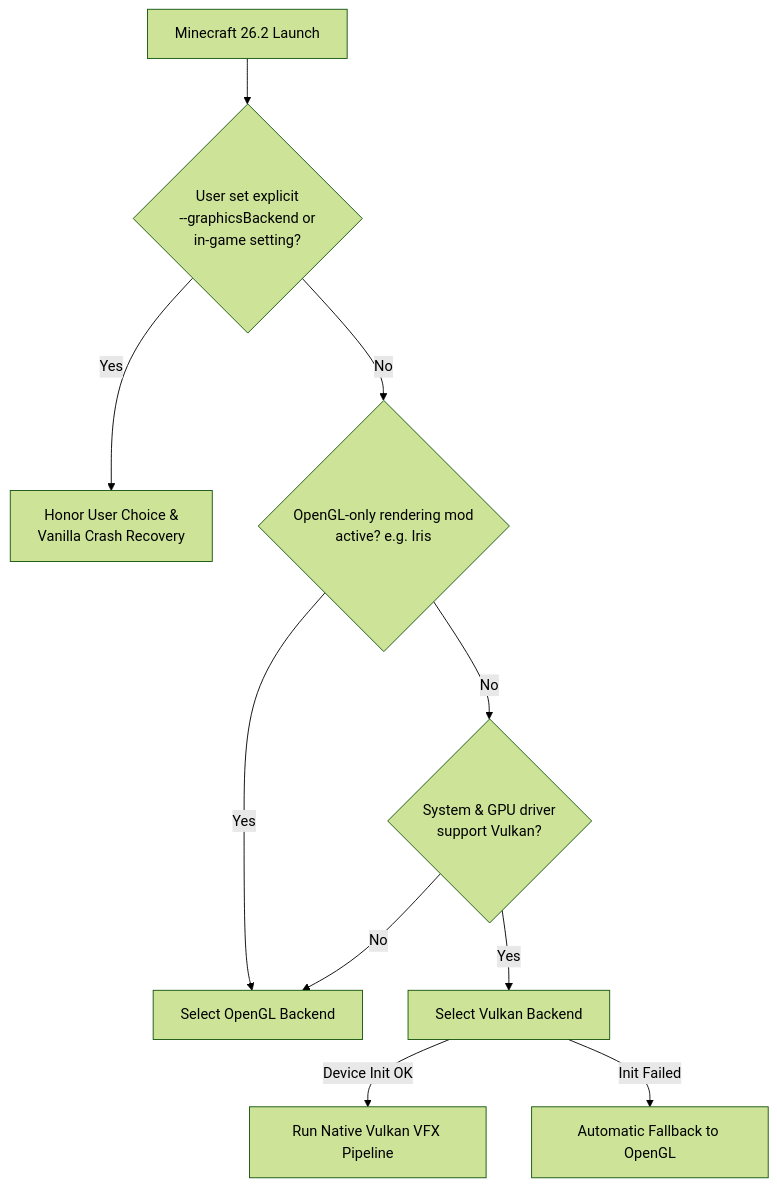
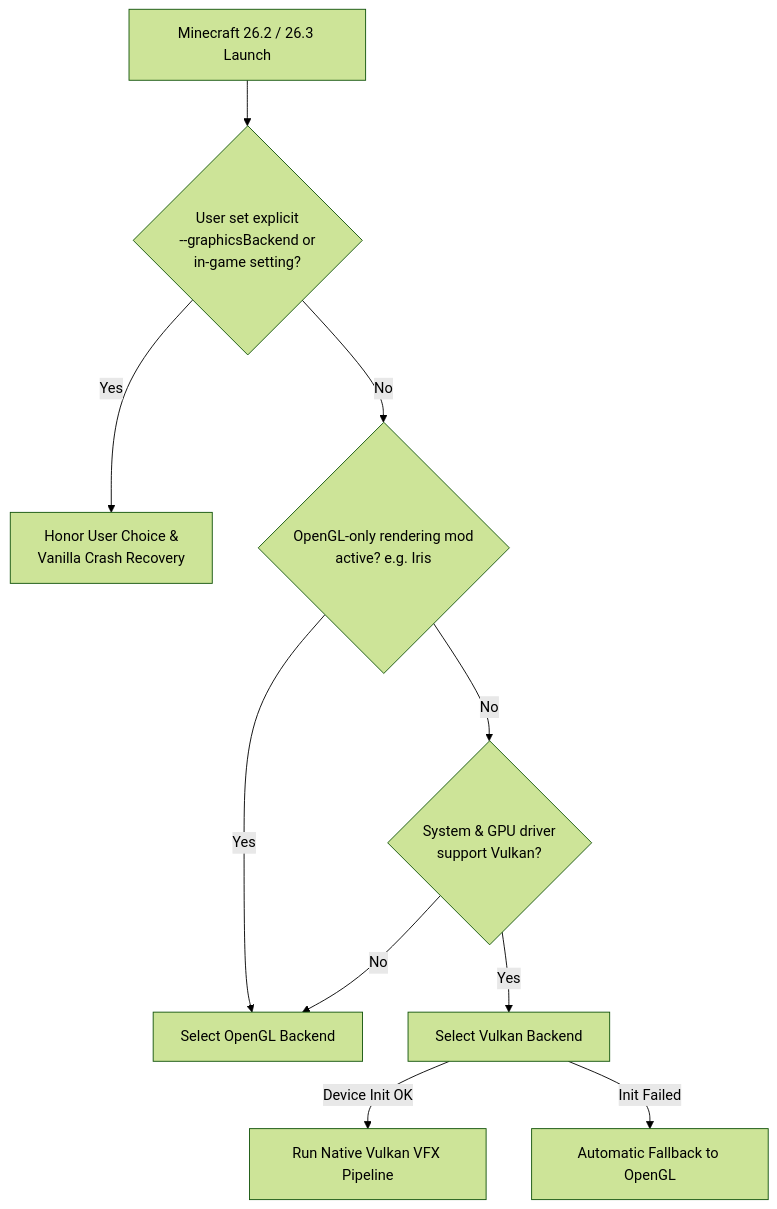
One commit to kltyton/LumenFX changed the diagram in docs/wiki/Graphics-Backends-and-Compatibility.md. Above: the diagram before and after it, drawn with Mermaid (forest theme). The commit also changed other lines of this file and 129 other files, not shown here.

````diff
--- a/docs/wiki/Graphics-Backends-and-Compatibility.md
+++ b/docs/wiki/Graphics-Backends-and-Compatibility.md
@@ -17,12 +17,12 @@
 ```mermaid
 flowchart TD
-    Start[Minecraft 26.2 Launch] --> Explicit{User set explicit<br/>--graphicsBackend or<br/>in-game setting?}
+    Start[Minecraft 26.2 / 26.3 Launch] --> Explicit{User set explicit<br/>--graphicsBackend or<br/>in-game setting?}
     Explicit -->|Yes| Respect[Honor User Choice &<br/>Vanilla Crash Recovery]
     Explicit -->|No| ModCheck{OpenGL-only rendering mod<br/>active? e.g. Iris}
     ModCheck -->|Yes| UseGL[Select OpenGL Backend]
     ModCheck -->|No| DriverCheck{System & GPU driver<br/>support Vulkan?}
     DriverCheck -->|Yes| TryVK[Select Vulkan Backend]
     TryVK -->|Device Init OK| RunningVK[Run Native Vulkan VFX Pipeline]
     TryVK -->|Init Failed| FallbackGL[Automatic Fallback to OpenGL]
     DriverCheck -->|No| UseGL
 ```
````
